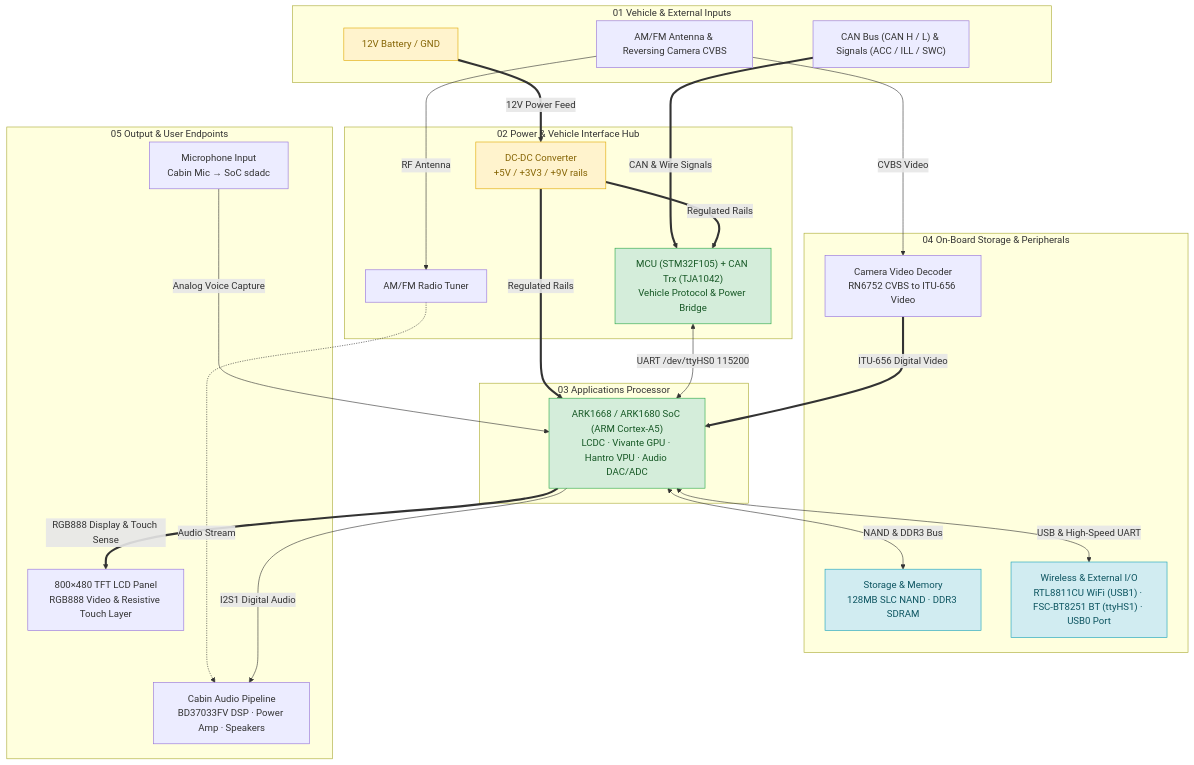
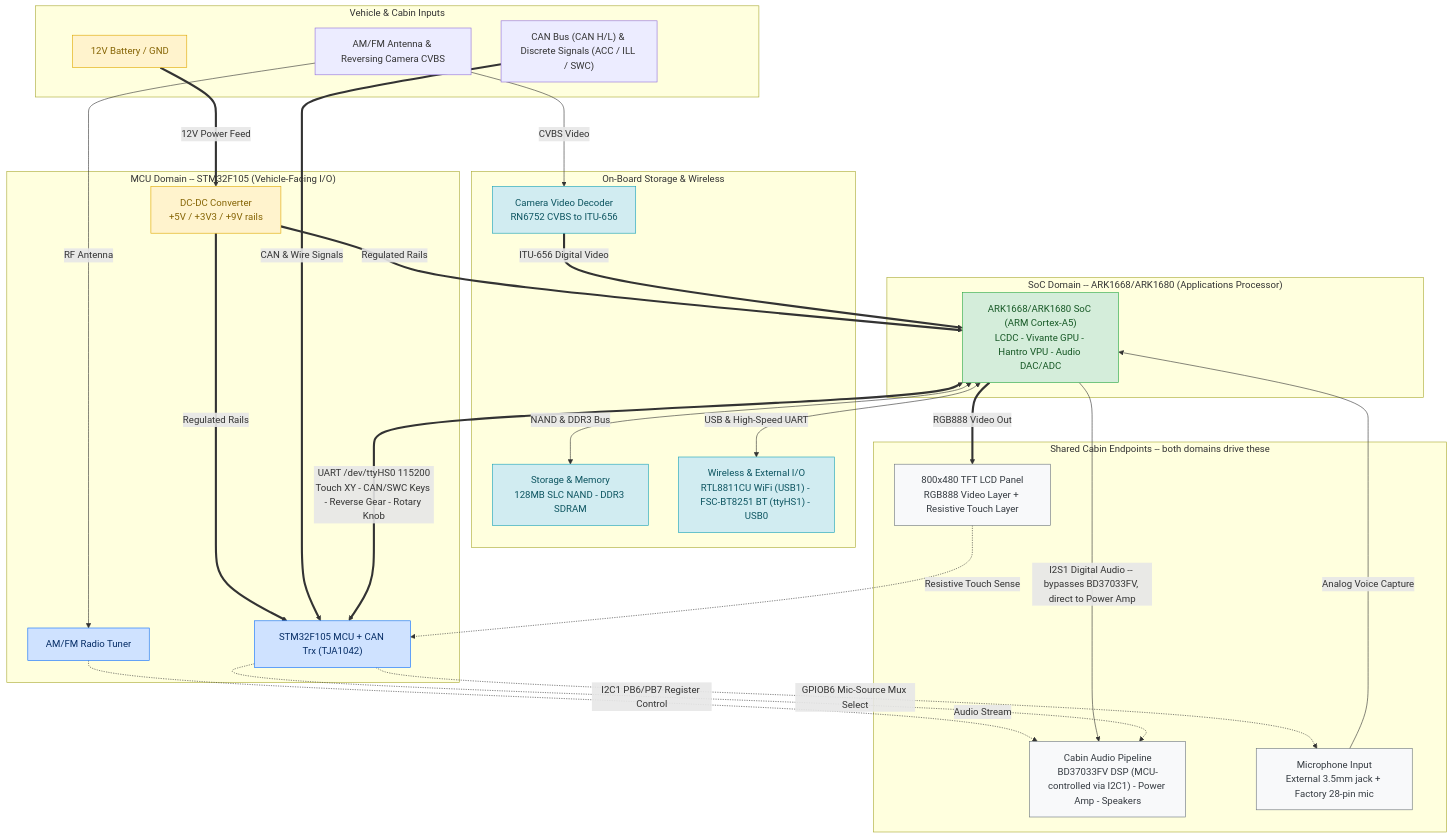
The second of 3 diagrams in README.md (yogihybo/Limcet-P305-Box-Android-Auto-Carplay), drawn with Mermaid before and after one commit. The commit also changed other lines of this file, not shown here.

````diff
--- a/README.md
+++ b/README.md
@@ -108,61 +108,65 @@
 ```mermaid
 flowchart TD
-    subgraph T1["01 Vehicle & External Inputs"]
+    subgraph VEH["Vehicle & Cabin Inputs"]
         PowerIn["12V Battery / GND"]
-        VehicleBus["CAN Bus (CAN H / L) & Signals (ACC / ILL / SWC)"]
+        VehicleBus["CAN Bus (CAN H/L) & Discrete Signals (ACC / ILL / SWC)"]
         MediaIn["AM/FM Antenna & Reversing Camera CVBS"]
     end
 
-    subgraph T2["02 Power & Vehicle Interface Hub"]
+    subgraph MCUD["MCU Domain -- STM32F105 (Vehicle-Facing I/O)"]
         DCDC["DC-DC Converter<br/>+5V / +3V3 / +9V rails"]
-        MCUHub["MCU (STM32F105) + CAN Trx (TJA1042)<br/>Vehicle Protocol & Power Bridge"]
+        MCUHub["STM32F105 MCU + CAN Trx (TJA1042)"]
         Tuner["AM/FM Radio Tuner"]
     end
 
-    subgraph T3["03 Applications Processor"]
-        ARKBrain["ARK1668 / ARK1680 SoC (ARM Cortex-A5)<br/>LCDC · Vivante GPU · Hantro VPU · Audio DAC/ADC"]
+    subgraph SOCD["SoC Domain -- ARK1668/ARK1680 (Applications Processor)"]
+        ARKBrain["ARK1668/ARK1680 SoC (ARM Cortex-A5)<br/>LCDC - Vivante GPU - Hantro VPU - Audio DAC/ADC"]
     end
 
-    subgraph T4["04 On-Board Storage & Peripherals"]
-        Memory["Storage & Memory<br/>128MB SLC NAND · DDR3 SDRAM"]
-        Wireless["Wireless & External I/O<br/>RTL8811CU WiFi (USB1) · FSC-BT8251 BT (ttyHS1) · USB0 Port"]
-        CamDec["Camera Video Decoder<br/>RN6752 CVBS to ITU-656 Video"]
+    subgraph PERIPH["On-Board Storage & Wireless"]
+        Memory["Storage & Memory<br/>128MB SLC NAND - DDR3 SDRAM"]
+        Wireless["Wireless & External I/O<br/>RTL8811CU WiFi (USB1) - FSC-BT8251 BT (ttyHS1) - USB0"]
+        CamDec["Camera Video Decoder<br/>RN6752 CVBS to ITU-656"]
     end
 
-    subgraph T5["05 Output & User Endpoints"]
-        DisplayOut["800×480 TFT LCD Panel<br/>RGB888 Video & Resistive Touch Layer"]
-        AudioOut["Cabin Audio Pipeline<br/>BD37033FV DSP · Power Amp · Speakers"]
-        MicIn["Microphone Input<br/>Cabin Mic → SoC sdadc"]
+    subgraph OUT["Shared Cabin Endpoints -- both domains drive these"]
+        DisplayOut["800x480 TFT LCD Panel<br/>RGB888 Video Layer + Resistive Touch Layer"]
+        AudioOut["Cabin Audio Pipeline<br/>BD37033FV DSP (MCU-controlled via I2C1) - Power Amp - Speakers"]
+        MicIn["Microphone Input<br/>External 3.5mm jack + Factory 28-pin mic"]
     end
 
-    %% Tier 1 -> Tier 2
     PowerIn ==>|12V Power Feed| DCDC
+    DCDC ==>|Regulated Rails| ARKBrain
+    DCDC ==>|Regulated Rails| MCUHub
+
     VehicleBus ==>|CAN & Wire Signals| MCUHub
     MediaIn --->|RF Antenna| Tuner
     MediaIn --->|CVBS Video| CamDec
-
-    %% Tier 2 -> Tier 3
-    DCDC ==>|Regulated Rails| ARKBrain
-    DCDC ==>|Regulated Rails| MCUHub
-    MCUHub <-->|UART /dev/ttyHS0 115200| ARKBrain
     Tuner -.->|Audio Stream| AudioOut
 
-    %% Tier 3 -> Tier 4
+    MCUHub <==>|"UART /dev/ttyHS0 115200<br/>Touch XY - CAN/SWC Keys - Reverse Gear - Rotary Knob"| ARKBrain
+
     ARKBrain <-->|NAND & DDR3 Bus| Memory
     ARKBrain <-->|USB & High-Speed UART| Wireless
     CamDec ==>|ITU-656 Digital Video| ARKBrain
 
-    %% Tier 3 & 4 -> Tier 5
-    ARKBrain ==>|RGB888 Display & Touch Sense| DisplayOut
-    ARKBrain --->|I2S1 Digital Audio| AudioOut
+    ARKBrain ==>|RGB888 Video Out| DisplayOut
+    ARKBrain --->|"I2S1 Digital Audio -- bypasses BD37033FV, direct to Power Amp"| AudioOut
     MicIn --->|Analog Voice Capture| ARKBrain
 
-    %% Styling
-    classDef core fill:#d4edda,stroke:#28a745,color:#155724
+    DisplayOut -.->|Resistive Touch Sense| MCUHub
+    MCUHub -.->|I2C1 PB6/PB7 Register Control| AudioOut
+    MCUHub -.->|GPIOB6 Mic-Source Mux Select| MicIn
+
+    classDef soc fill:#d4edda,stroke:#28a745,color:#155724
+    classDef mcu fill:#cfe2ff,stroke:#0d6efd,color:#052c65
     classDef storage fill:#d1ecf1,stroke:#17a2b8,color:#0c5460
     classDef power fill:#fff3cd,stroke:#e0a800,color:#856404
+    classDef shared fill:#f8f9fa,stroke:#6c757d,color:#343a40
 
-    class ARKBrain,MCUHub core
-    class Memory,Wireless storage
+    class ARKBrain soc
+    class MCUHub,Tuner mcu
+    class Memory,Wireless,CamDec storage
     class DCDC,PowerIn power
+    class DisplayOut,AudioOut,MicIn shared
 ```
````
